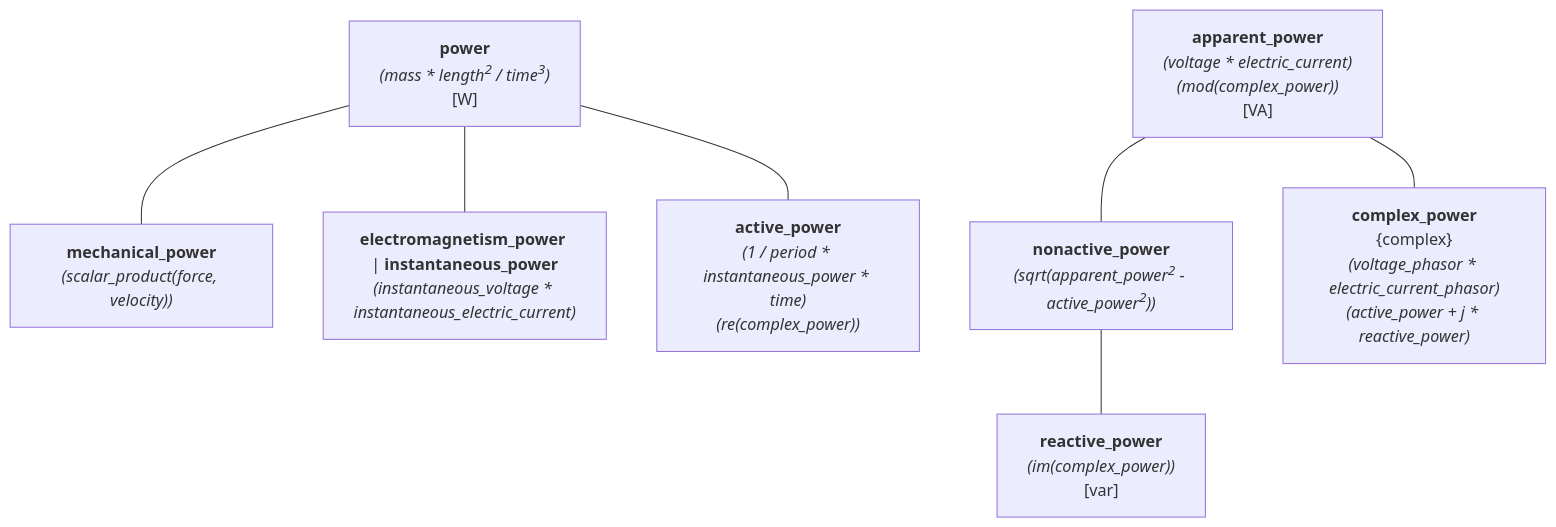
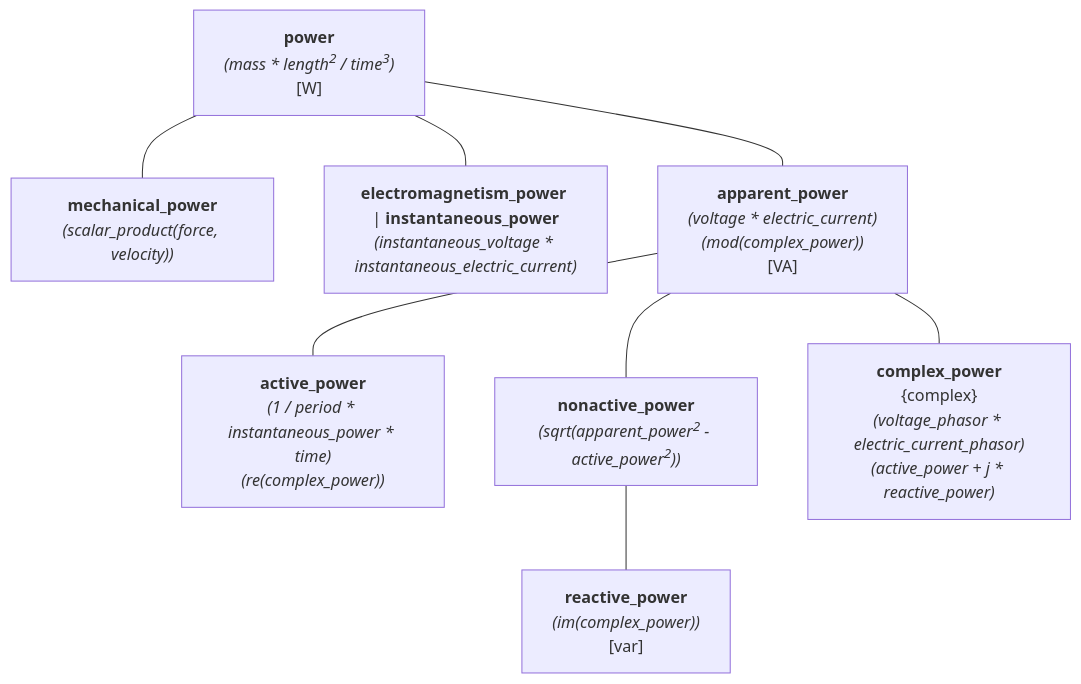
Before and after one commit to mpusz/mp-units: the third of 3 diagrams in docs/blog/posts/isq-part-6-challenges.md, drawn with Mermaid. The commit also changed other lines of this file, not shown here.

````diff
--- a/docs/blog/posts/isq-part-6-challenges.md
+++ b/docs/blog/posts/isq-part-6-challenges.md
@@ -407,12 +441,11 @@
 ```mermaid
 flowchart TD
     power["<b>power</b><br><i>(mass * length<sup>2</sup> / time<sup>3</sup>)</i><br>[W]"]
     power --- mechanical_power["<b>mechanical_power</b><br><i>(scalar_product(force, velocity))</i>"]
     power --- electromagnetism_power["<b>electromagnetism_power</b> | <b>instantaneous_power</b><br><i>(instantaneous_voltage * instantaneous_electric_current)</i>"]
-    power --- active_power["<b>active_power</b><br><i>(1 / period * instantaneous_power * time)<br>(re(complex_power))</i>"]
-
-    apparent_power["<b>apparent_power</b><br><i>(voltage * electric_current)<br>(mod(complex_power))</i><br>[VA]"]
+    power --- apparent_power["<b>apparent_power</b><br><i>(voltage * electric_current)<br>(mod(complex_power))</i><br>[VA]"]
+    apparent_power --- active_power["<b>active_power</b><br><i>(1 / period * instantaneous_power * time)<br>(re(complex_power))</i>"]
     apparent_power --- nonactive_power["<b>nonactive_power</b><br><i>(sqrt(apparent_power<sup>2</sup> - active_power<sup>2</sup>))</i><br>"]
     nonactive_power --- reactive_power["<b>reactive_power</b><br><i>(im(complex_power))</i><br>[var]"]
     apparent_power --- complex_power["<b>complex_power</b><br>{complex}<br><i>(voltage_phasor * electric_current_phasor)<br>(active_power + j * reactive_power)</i>"]
 ```
````
